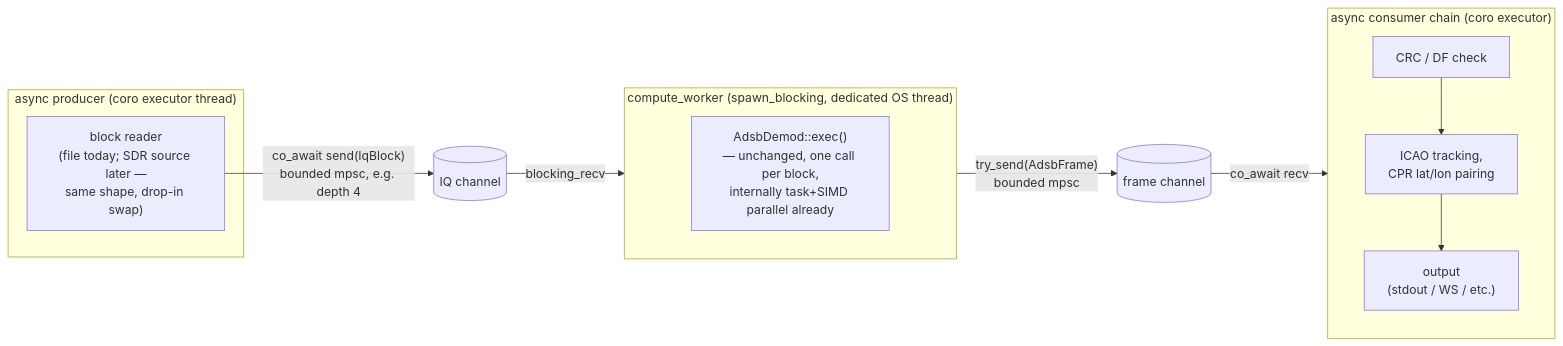
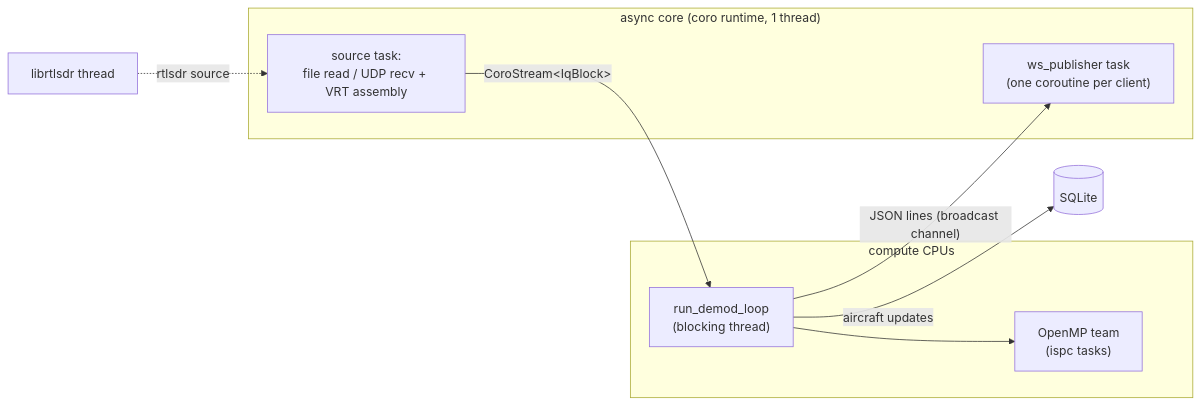
One commit to bts164/ADSB-Decoder changed the third of 3 diagrams in README.md. Above: the diagram before and after it, drawn with Mermaid. The commit also changed other lines of this file and 98 other files, not shown here.

````diff
--- a/README.md
+++ b/README.md
@@ -483,23 +291,14 @@
 ```mermaid
 flowchart LR
-    subgraph Producer["async producer (coro executor thread)"]
-        Reader["block reader<br>(file today; SDR source later —<br>same shape, drop-in swap)"]
+    subgraph async["async core (coro runtime, 1 thread)"]
+        SRC["source task:<br/>file read / UDP recv + VRT assembly"]
+        WS["ws_publisher task<br/>(one coroutine per client)"]
     end
-
-    Reader -->|"co_await send(IqBlock)<br>bounded mpsc, e.g. depth 4"| InCh[("IQ channel")]
-    InCh -->|blocking_recv| Worker
-
-    subgraph Worker["compute_worker (spawn_blocking, dedicated OS thread)"]
-        Exec["AdsbDemod::exec()<br>— unchanged, one call per block,<br>internally task+SIMD parallel already"]
+    RTL["librtlsdr thread"] -. "rtlsdr source" .-> SRC
+    subgraph compute["compute CPUs"]
+        LOOP["run_demod_loop<br/>(blocking thread)"] --> OMP["OpenMP team<br/>(ispc tasks)"]
     end
-
-    Worker -->|"try_send(AdsbFrame)<br>bounded mpsc"| OutCh[("frame channel")]
-    OutCh -->|co_await recv| Consumer
-
-    subgraph Consumer["async consumer chain (coro executor)"]
-        CRC["CRC / DF check"]
-        Track["ICAO tracking,<br>CPR lat/lon pairing"]
-        Out["output<br>(stdout / WS / etc.)"]
-        CRC --> Track --> Out
-    end
+    SRC -- "CoroStream&lt;IqBlock&gt;" --> LOOP
+    LOOP -- "JSON lines (broadcast channel)" --> WS
+    LOOP -- "aircraft updates" --> DB[(SQLite)]
 ```
````
